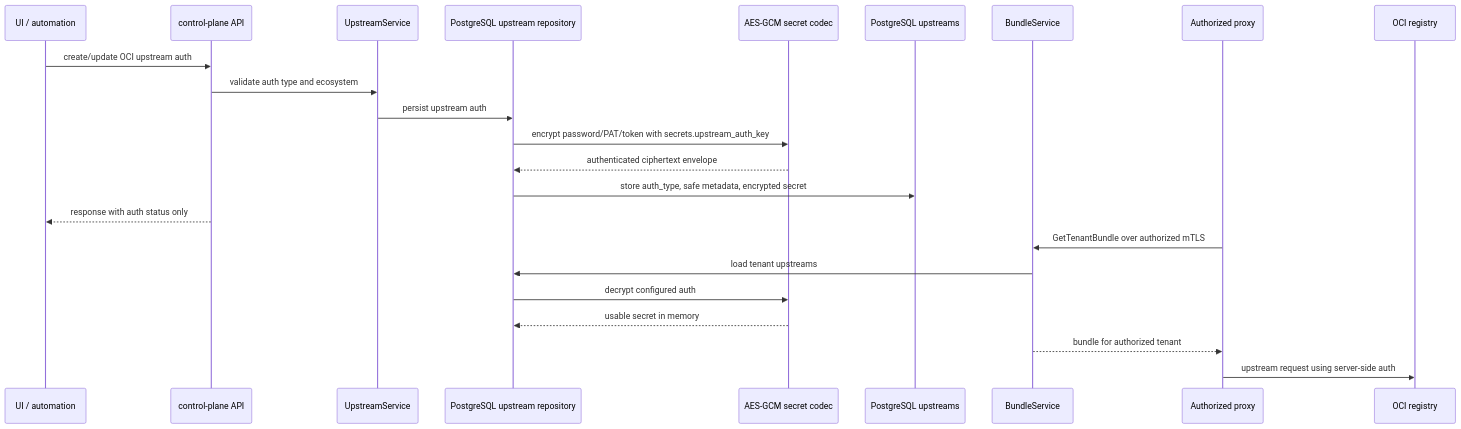
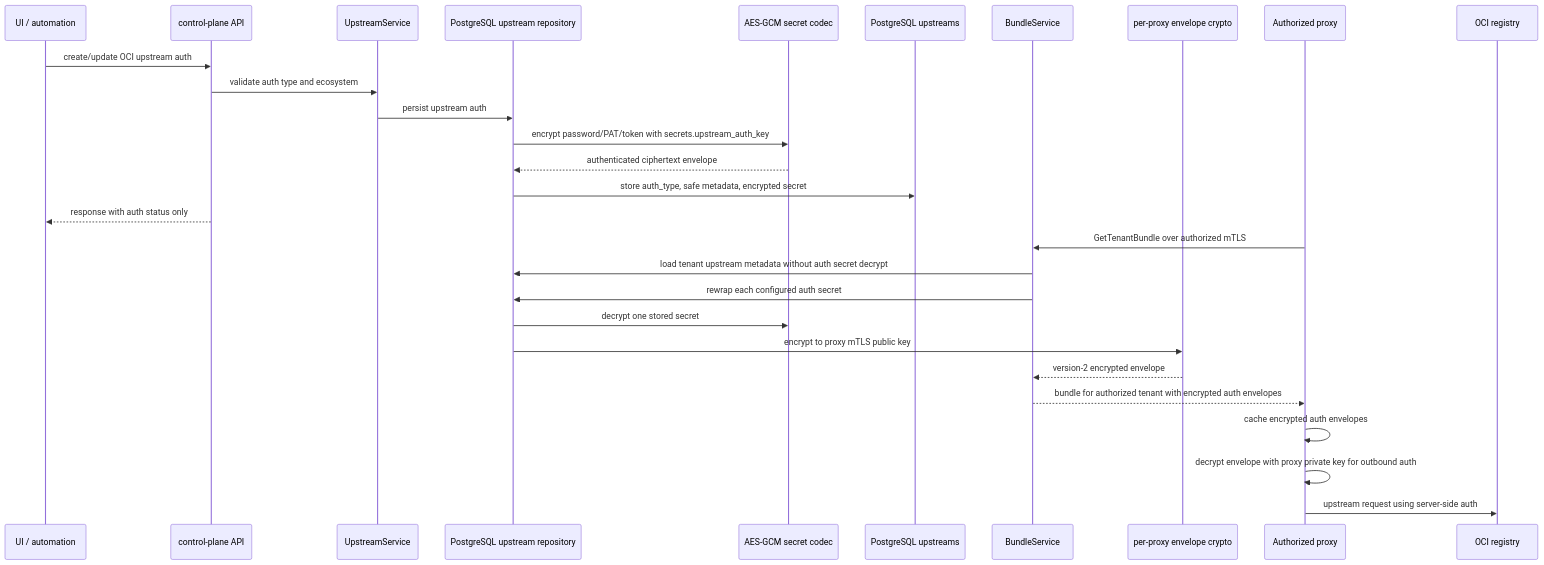
Before and after one commit to terrpan/dependency-firewall: the diagram in docs/persistence.md, drawn with Mermaid. The commit also changed other lines of this file and 30 other files, not shown here.

````diff
--- a/docs/persistence.md
+++ b/docs/persistence.md
@@ -50,27 +50,32 @@
 ```mermaid
 sequenceDiagram
     participant ui as UI / automation
     participant api as control-plane API
     participant service as UpstreamService
     participant repo as PostgreSQL upstream repository
     participant crypto as AES-GCM secret codec
     participant db as PostgreSQL upstreams
     participant bundle as BundleService
+    participant wrap as per-proxy envelope crypto
     participant proxy as Authorized proxy
     participant registry as OCI registry
 
     ui->>api: create/update OCI upstream auth
     api->>service: validate auth type and ecosystem
     service->>repo: persist upstream auth
     repo->>crypto: encrypt password/PAT/token with secrets.upstream_auth_key
     crypto-->>repo: authenticated ciphertext envelope
     repo->>db: store auth_type, safe metadata, encrypted secret
     api-->>ui: response with auth status only
 
     proxy->>bundle: GetTenantBundle over authorized mTLS
-    bundle->>repo: load tenant upstreams
-    repo->>crypto: decrypt configured auth
-    crypto-->>repo: usable secret in memory
-    bundle-->>proxy: bundle for authorized tenant
+    bundle->>repo: load tenant upstream metadata without auth secret decrypt
+    bundle->>repo: rewrap each configured auth secret
+    repo->>crypto: decrypt one stored secret
+    repo->>wrap: encrypt to proxy mTLS public key
+    wrap-->>bundle: version-2 encrypted envelope
+    bundle-->>proxy: bundle for authorized tenant with encrypted auth envelopes
+    proxy->>proxy: cache encrypted auth envelopes
+    proxy->>proxy: decrypt envelope with proxy private key for outbound auth
     proxy->>registry: upstream request using server-side auth
 ```
````
